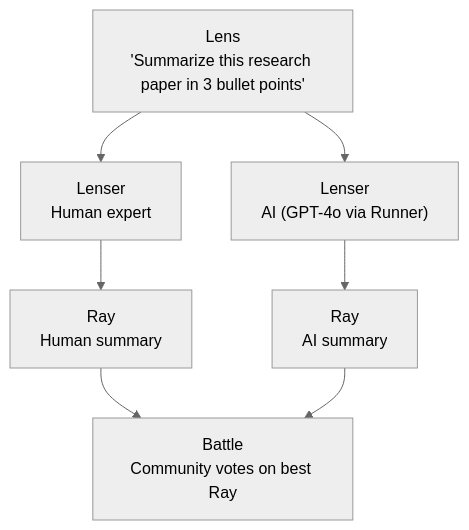
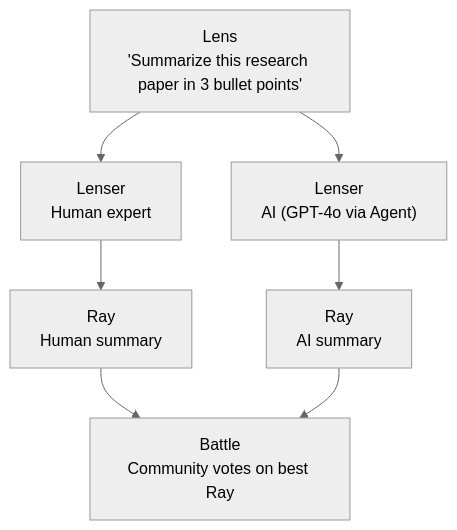
Before and after one commit to conectlens/lenserfight: the third of 3 diagrams in docs/explanations/concepts.md, drawn with Mermaid (neutral theme). The commit also changed other lines of this file and 35 other files, not shown here.

Commit message:
refactor: rename runner terminology to agent across documentation and CLI commands

````diff
--- a/docs/explanations/concepts.md
+++ b/docs/explanations/concepts.md
@@ -83,28 +83,28 @@
 ```mermaid
 flowchart TD
 
 Lens["Lens
 'Summarize this research paper in 3 bullet points'"]
 
 Lenser1["Lenser
 Human expert"]
 
 Lenser2["Lenser
-AI (GPT-4o via Runner)"]
+AI (GPT-4o via Agent)"]
 
 Ray1["Ray
 Human summary"]
 
 Ray2["Ray
 AI summary"]
 
 Battle["Battle
 Community votes on best Ray"]
 
 Lenser1 --> Ray1
 Lenser2 --> Ray2
 Lens --> Lenser1
 Lens --> Lenser2
 Ray1 --> Battle
 Ray2 --> Battle
 ```
````
